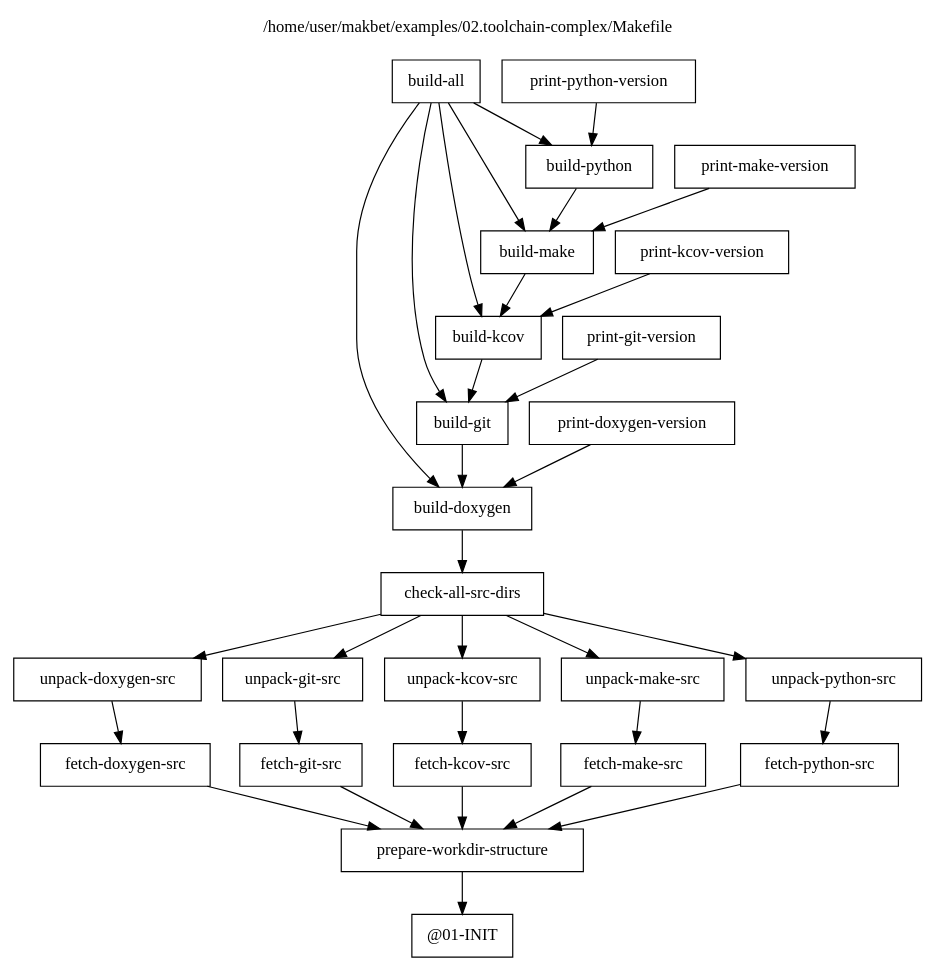
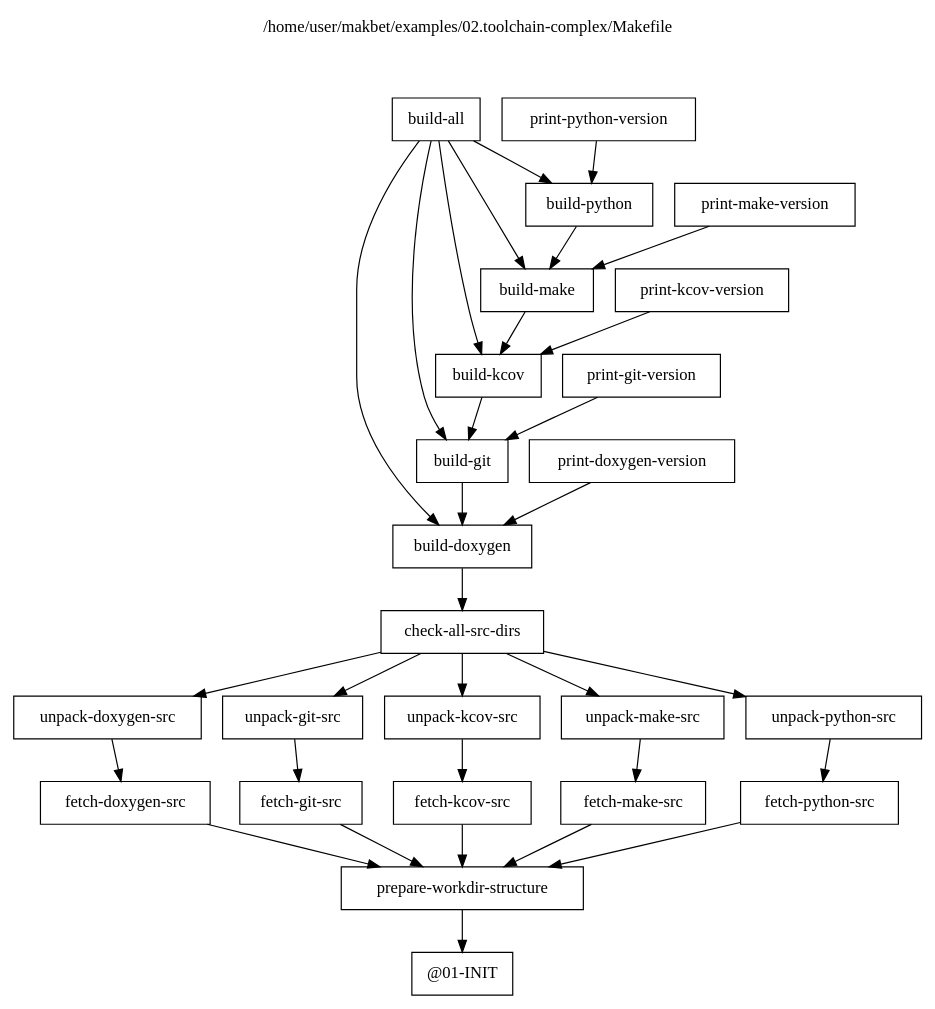
Before and after one commit to skaluzka/makbet: the diagram in docs/examples/02.toolchain-complex/results.dot, drawn with Graphviz. The commit also changed 11 other files, not shown here.

Commit message:
[DEV] Add two empty lines to DOT graph title

```diff
--- a/docs/examples/02.toolchain-complex/results.dot
+++ b/docs/examples/02.toolchain-complex/results.dot
@@ -1,73 +1,73 @@
 digraph {
 
 // This file has been generated by makbet heads/master-0-g88262d1
 // Generation date: Wed 19 Aug 2020 01:21:07 AM CEST
 // Input: /home/user/makbet/examples/02.toolchain-complex/Makefile
 
 // Graph title.
 labelloc="t";
-label="/home/user/makbet/examples/02.toolchain-complex/Makefile\n\n"
+label="/home/user/makbet/examples/02.toolchain-complex/Makefile\n\n\n\n"
 
 // Node options.
 node [shape=box];
 
 "build-all" -> "build-doxygen";
 "build-all" -> "build-git";
 "build-all" -> "build-kcov";
 "build-all" -> "build-make";
 "build-all" -> "build-python";
 
 "build-doxygen" -> "check-all-src-dirs";
 
 "build-git" -> "build-doxygen";
 
 "build-kcov" -> "build-git";
 
 "build-make" -> "build-kcov";
 
 "build-python" -> "build-make";
 
 "check-all-src-dirs" -> "unpack-doxygen-src";
 "check-all-src-dirs" -> "unpack-git-src";
 "check-all-src-dirs" -> "unpack-kcov-src";
 "check-all-src-dirs" -> "unpack-make-src";
 "check-all-src-dirs" -> "unpack-python-src";
 
 "fetch-doxygen-src" -> "prepare-workdir-structure";
 
 "fetch-git-src" -> "prepare-workdir-structure";
 
 "fetch-kcov-src" -> "prepare-workdir-structure";
 
 "fetch-make-src" -> "prepare-workdir-structure";
 
 "fetch-python-src" -> "prepare-workdir-structure";
 
 "@01-INIT";
 
 "prepare-workdir-structure" -> "@01-INIT";
 
 "print-doxygen-version" -> "build-doxygen";
 
 "print-git-version" -> "build-git";
 
 "print-kcov-version" -> "build-kcov";
 
 "print-make-version" -> "build-make";
 
 "print-python-version" -> "build-python";
 
 "unpack-doxygen-src" -> "fetch-doxygen-src";
 
 "unpack-git-src" -> "fetch-git-src";
 
 "unpack-kcov-src" -> "fetch-kcov-src";
 
 "unpack-make-src" -> "fetch-make-src";
 
 "unpack-python-src" -> "fetch-python-src";
 
 }
 
 
 // End of file
```
